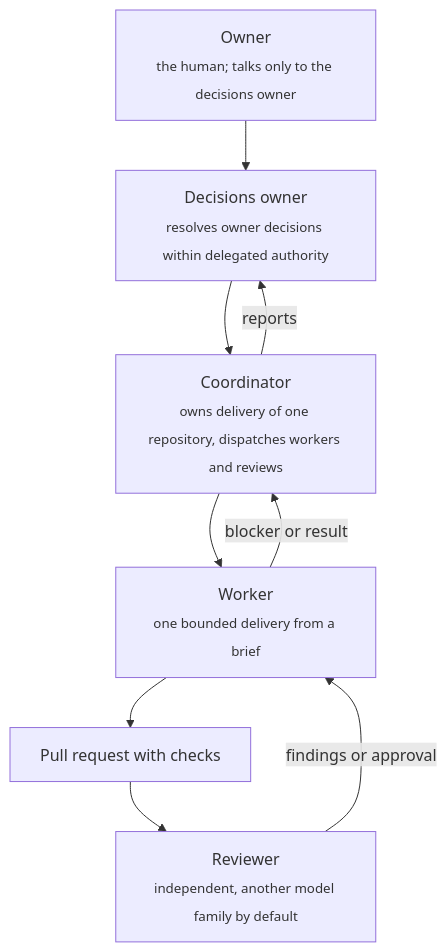
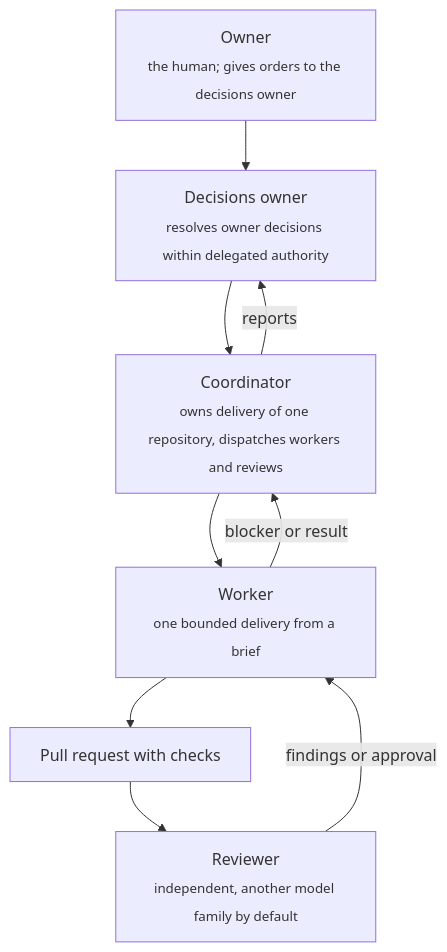
Before and after one commit to feder-positronics/loop-zero: the third of 3 diagrams in docs/WORKFLOW.md, drawn with Mermaid. The commit also changed 1 other file, not shown here.

Commit message:
Square the status thread with the owner channel and schedule ownership
Review of 0aa0d4b2: the decisions owner remains the only role that
takes orders and asks decisions, while the status thread reports one
way; the decisions owner owns and rebinds the status schedule without
reading runs; a long check runs as a transient unit after the draft PR.

Architecture-Review: unchanged; role text in DELEGATION.md and the
WORKFLOW.md role diagram only, no command, state or trust-boundary
change.

````diff
--- a/docs/WORKFLOW.md
+++ b/docs/WORKFLOW.md
@@ -56,11 +56,11 @@
 ```mermaid
 flowchart TD
-    O["Owner<br/><sub>the human; talks only to the decisions owner</sub>"] --> D["Decisions owner<br/><sub>resolves owner decisions within delegated authority</sub>"]
+    O["Owner<br/><sub>the human; gives orders to the decisions owner</sub>"] --> D["Decisions owner<br/><sub>resolves owner decisions within delegated authority</sub>"]
     D --> C["Coordinator<br/><sub>owns delivery of one repository, dispatches workers and reviews</sub>"]
     C --> W["Worker<br/><sub>one bounded delivery from a brief</sub>"]
     W --> P["Pull request with checks"]
     P --> R["Reviewer<br/><sub>independent, another model family by default</sub>"]
     R -->|findings or approval| W
     W -->|blocker or result| C
     C -->|reports| D
 ```
````
